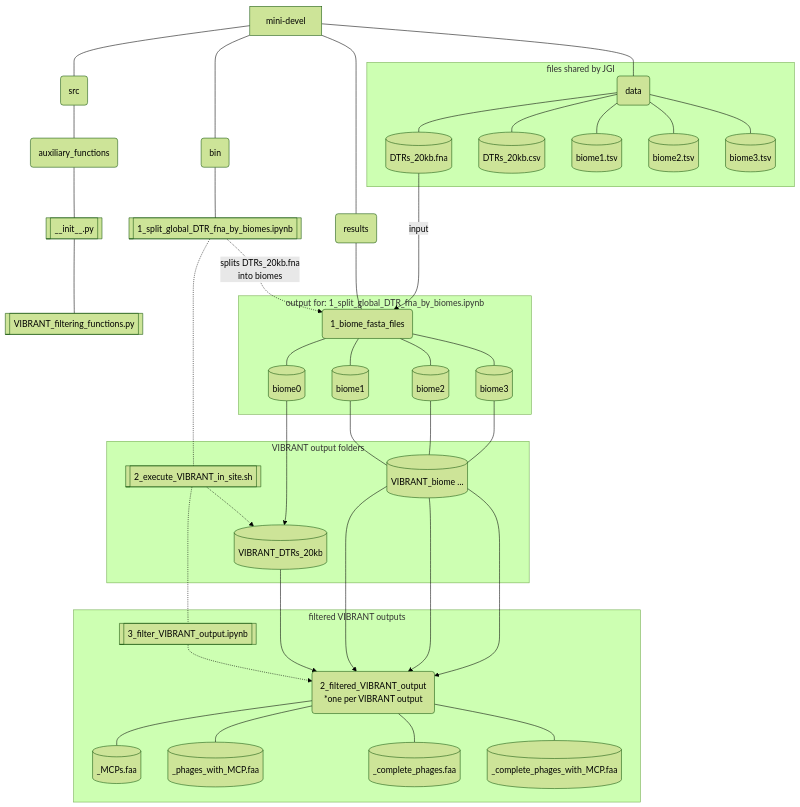
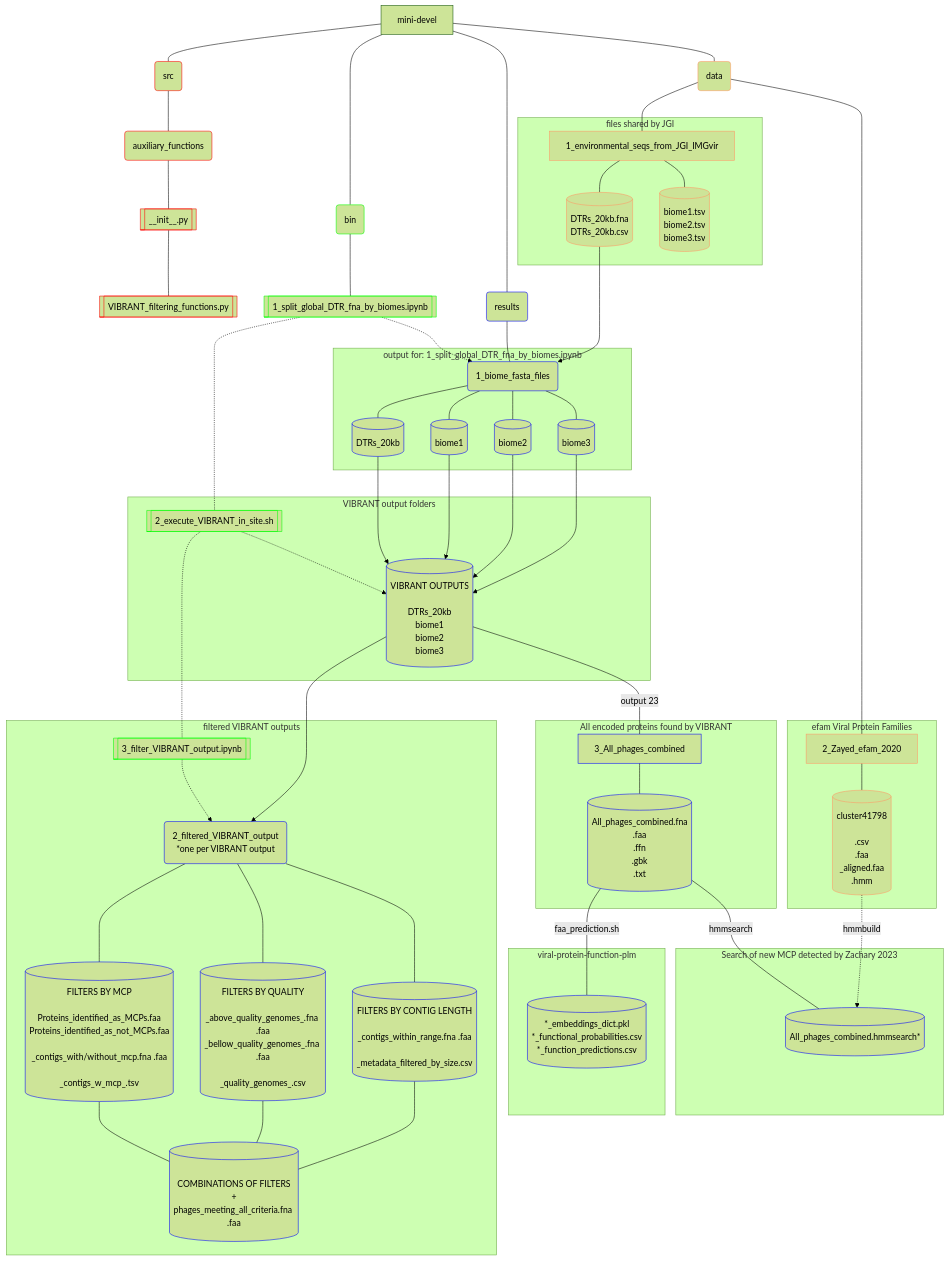
Before and after one commit to abelardoaguilar/mini-devel: the second of 2 diagrams in README.md, drawn with Mermaid (forest theme). The commit also changed 4 other files, not shown here.

Commit message:
+ efam cluster41798

````diff
--- a/README.md
+++ b/README.md
@@ -15,58 +15,92 @@
 ```mermaid
 flowchart TD
-    A[mini-devel] --- S(src)
-    A --- B(bin)
-    A --- R(results)
-    A --- D(data)
+
+    classDef src stroke:#f00
+    classDef bin stroke:#0f0
+    classDef results stroke:#00f
+    classDef data stroke:#f96
+
+    A[mini-devel] --- S(src):::src
+    A --- B(bin):::bin
+    A --- R(results):::results
+    A --- D(data):::data
+    
 
 
-    B --- B1[[1_split_global_DTR_fna_by_biomes.ipynb]] -.- B2[[2_execute_VIBRANT_in_site.sh]] -.- B3[[3_filter_VIBRANT_output.ipynb]]
 
-    B1 -.-> |splits DTRs_20kb.fna\ninto biomes| R1
+    B --- B1[[1_split_global_DTR_fna_by_biomes.ipynb]]:::bin -.- B2[[2_execute_VIBRANT_in_site.sh]]:::bin -.- B3[[3_filter_VIBRANT_output.ipynb]]:::bin
 
-    D1 ---> |input| R1
+    B1 -.-> R1
+    D1 ---> R1
+
+    D --- 1_environmental_seqs_from_JGI_IMGvir[1_environmental_seqs_from_JGI_IMGvir]:::data
 
     subgraph ide1 [files shared by JGI]
-    D --- D1[(DTRs_20kb.fna)]
-    D --- D2[(DTRs_20kb.csv)]
-    D --- D3[(biome1.tsv)]
-    D --- D4[(biome2.tsv)]
-    D --- D5[(biome3.tsv)]
+    1_environmental_seqs_from_JGI_IMGvir --- D1[(DTRs_20kb.fna\nDTRs_20kb.csv)]:::data
+    1_environmental_seqs_from_JGI_IMGvir --- D3[(biome1.tsv\nbiome2.tsv\nbiome3.tsv)]:::data
     end
 
-    R --- R1(1_biome_fasta_files)
+    R --- R1(1_biome_fasta_files):::results
 
     subgraph ide2 [output for: 1_split_global_DTR_fna_by_biomes.ipynb]
-    R1 --- biome0[(biome0)]
-    R1 --- biome1[(biome1)]
-    R1 --- biome2[(biome2)]
-    R1 --- biome3[(biome3)]
+    R1 --- biome0[(DTRs_20kb)]:::results
+    R1 --- biome1[(biome1)]:::results
+    R1 --- biome2[(biome2)]:::results
+    R1 --- biome3[(biome3)]:::results
     end
 
     subgraph ide3 [VIBRANT output folders]
-    biome0 ---> vibrant0[(VIBRANT_DTRs_20kb)]
+    biome0 ---> vibrant0[(VIBRANT OUTPUTS\n\nDTRs_20kb\nbiome1\nbiome2\nbiome3)]:::results
+    biome1 ---> vibrant0
+    biome2 ---> vibrant0
+    biome3 ---> vibrant0
     B2 -.-> vibrant0 
-    biome1 --- vibrant_all[(VIBRANT_biome ...)]
-    biome2 --- vibrant_all
-    biome3 --- vibrant_all
     end
 
-    S --- auxiliary_functions(auxiliary_functions)
-    auxiliary_functions --- S1[[__init__.py]] --- S2[[VIBRANT_filtering_functions.py]] 
+    S --- auxiliary_functions(auxiliary_functions):::src
+    auxiliary_functions --- S1[[__init__.py]]:::src --- S2[[VIBRANT_filtering_functions.py]]:::src 
 
-    vibrant_all ---> 2_filtered_VIBRANT_output(2_filtered_VIBRANT_output\n*one per VIBRANT output)
-    vibrant_all ---> 2_filtered_VIBRANT_output
-    vibrant_all ---> 2_filtered_VIBRANT_output
-    vibrant0 ---> 2_filtered_VIBRANT_output
+    vibrant0 ---> 2_filtered_VIBRANT_output(2_filtered_VIBRANT_output\n*one per VIBRANT output):::results
 
 
     subgraph ide4 [filtered VIBRANT outputs]
     B3 -.-> 2_filtered_VIBRANT_output
-    2_filtered_VIBRANT_output --- _MCPs[(_MCPs.faa)]
-    2_filtered_VIBRANT_output --- _phages_with_MCP[(_phages_with_MCP.faa)]
-    2_filtered_VIBRANT_output --- complete_phages[(_complete_phages.faa)]
-    2_filtered_VIBRANT_output --- complete_phages_with_MCP[(_complete_phages_with_MCP.faa)]
+    2_filtered_VIBRANT_output --- filters_by_mcp[(FILTERS BY MCP\n\nProteins_identified_as_MCPs.faa\nProteins_identified_as_not_MCPs.faa\n\n_contigs_with/without_mcp.fna .faa\n\n_contigs_w_mcp_.tsv)]:::results
+    2_filtered_VIBRANT_output --- filters_by_quality[(FILTERS BY QUALITY\n\n_above_quality_genomes_.fna .faa\n_bellow_quality_genomes_.fna .faa\n\n_quality_genomes_.csv)]:::results
+    2_filtered_VIBRANT_output --- filters_by_length[(FILTERS BY CONTIG LENGTH\n\n_contigs_within_range.fna .faa\n\n_metadata_filtered_by_size.csv)]:::results
+
+    filters_by_mcp --- multifilter[(\nCOMBINATIONS OF FILTERS\n+\nphages_meeting_all_criteria.fna .faa)]:::results
+    filters_by_quality --- multifilter
+    filters_by_length --- multifilter
+    end
+    
+    vibrant0 --- |output 23|2_global_VIBRANT_output23[3_All_phages_combined]:::results
+
+    subgraph ide5 [All encoded proteins found by VIBRANT]
+    2_global_VIBRANT_output23 --- output_23[(All_phages_combined.fna\n.faa\n.ffn\n.gbk\n.txt)]:::results
     end
 
+    
+
+
+
+    D --- efams[2_Zayed_efam_2020]:::data
+    
+    subgraph ide6 [efam Viral Protein Families]
+    efams --- cluster41798[(cluster41798\n\n.csv\n.faa\n_aligned.faa\n.hmm)]:::data
+    end
+    
+    subgraph ide7 [viral-protein-function-plm]
+    output_23 --- |faa_prediction.sh|viral_pllm[(*_embeddings_dict.pkl
+*_functional_probabilities.csv
+*_function_predictions.csv)]:::results
+    end
+
+    subgraph ide8 [Search of new MCP detected by Zachary 2023]
+    output_23 --- |hmmsearch|hmm[(All_phages_combined.hmmsearch*)]:::results
+    cluster41798 -.-> |hmmbuild|hmm
+    end
+    
+    
 
 ```
````
